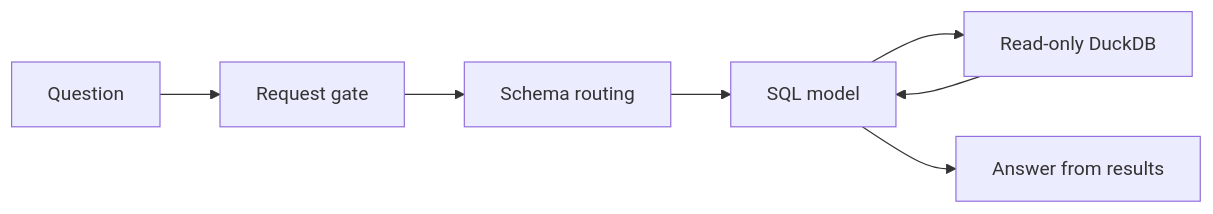
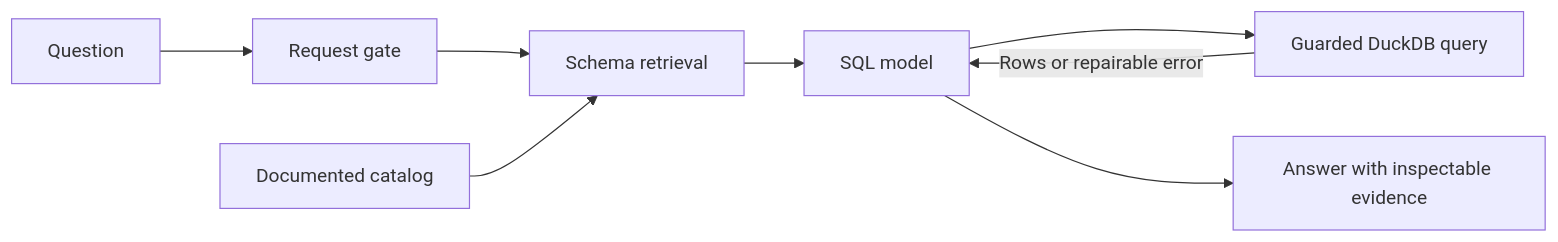
Before and after one commit to Castaldo327/GridRag: the diagram in README.md, drawn with Mermaid. The commit also changed other lines of this file and 14 other files, not shown here.

````diff
--- a/README.md
+++ b/README.md
@@ -8,9 +25,10 @@
 ```mermaid
 flowchart LR
     Q[Question] --> G[Request gate]
-    G --> R[Schema routing]
-    R --> S[SQL model]
-    S --> D[Read-only DuckDB]
-    D --> S
-    S --> A[Answer from results]
+    G --> R[Schema retrieval]
+    C[Documented catalog] --> R
+    R --> M[SQL model]
+    M --> D[Guarded DuckDB query]
+    D -->|Rows or repairable error| M
+    M --> A[Answer with inspectable evidence]
 ```
````
